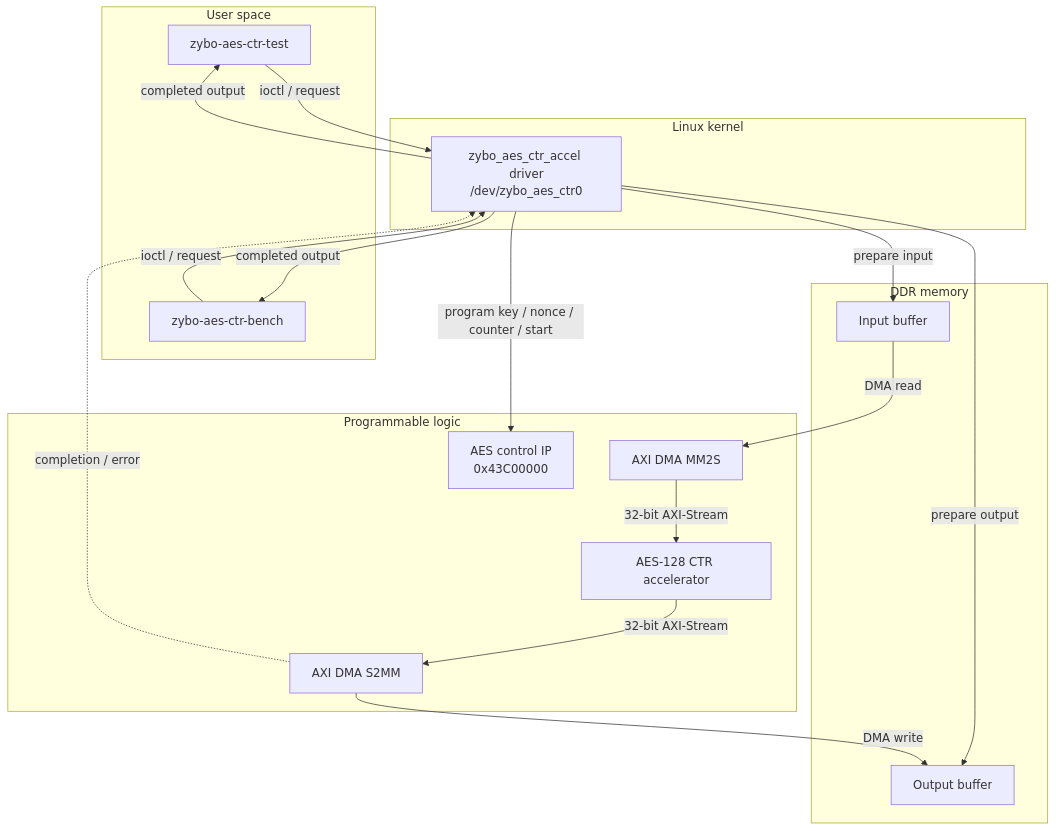
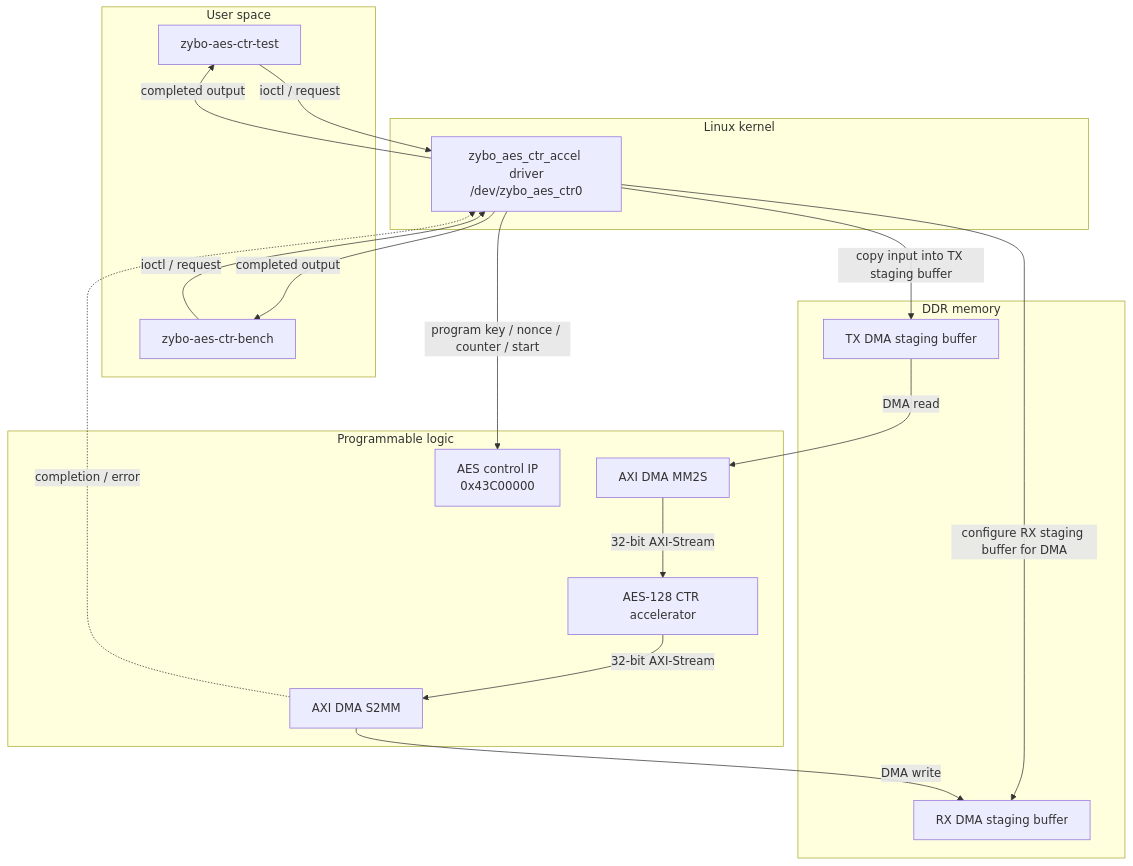
Before and after one commit to ShahinFi/zybo-z7-aes-ctr-accelerator: the first of 2 diagrams in docs/architecture.md, drawn with Mermaid.

Commit message:
Clarify DMA staging buffers in architecture

````diff
--- a/docs/architecture.md
+++ b/docs/architecture.md
@@ -156,40 +156,40 @@
 ```mermaid
 flowchart TB
     subgraph USER["User space"]
         TEST["zybo-aes-ctr-test"]
         BENCH["zybo-aes-ctr-bench"]
     end
 
     subgraph KERNEL["Linux kernel"]
         DRIVER["zybo_aes_ctr_accel driver<br/>/dev/zybo_aes_ctr0"]
     end
 
     subgraph MEMORY["DDR memory"]
-        DDR_IN["Input buffer"]
-        DDR_OUT["Output buffer"]
+        DDR_IN["TX DMA staging buffer"]
+        DDR_OUT["RX DMA staging buffer"]
     end
 
     subgraph PL["Programmable logic"]
         MM2S["AXI DMA MM2S"]
         AES["AES-128 CTR accelerator"]
         S2MM["AXI DMA S2MM"]
         CTRL["AES control IP<br/>0x43C00000"]
     end
 
     TEST -->|"ioctl / request"| DRIVER
     BENCH -->|"ioctl / request"| DRIVER
 
     DRIVER -->|"program key / nonce / counter / start"| CTRL
 
-    DRIVER -->|"prepare input"| DDR_IN
-    DRIVER -->|"prepare output"| DDR_OUT
+    DRIVER -->|"copy input into TX staging buffer"| DDR_IN
+    DRIVER -->|"configure RX staging buffer for DMA"| DDR_OUT
 
     DDR_IN -->|"DMA read"| MM2S
     MM2S -->|"32-bit AXI-Stream"| AES
     AES -->|"32-bit AXI-Stream"| S2MM
     S2MM -->|"DMA write"| DDR_OUT
 
     S2MM -.->|"completion / error"| DRIVER
     DRIVER -->|"completed output"| TEST
     DRIVER -->|"completed output"| BENCH
 ```
````
